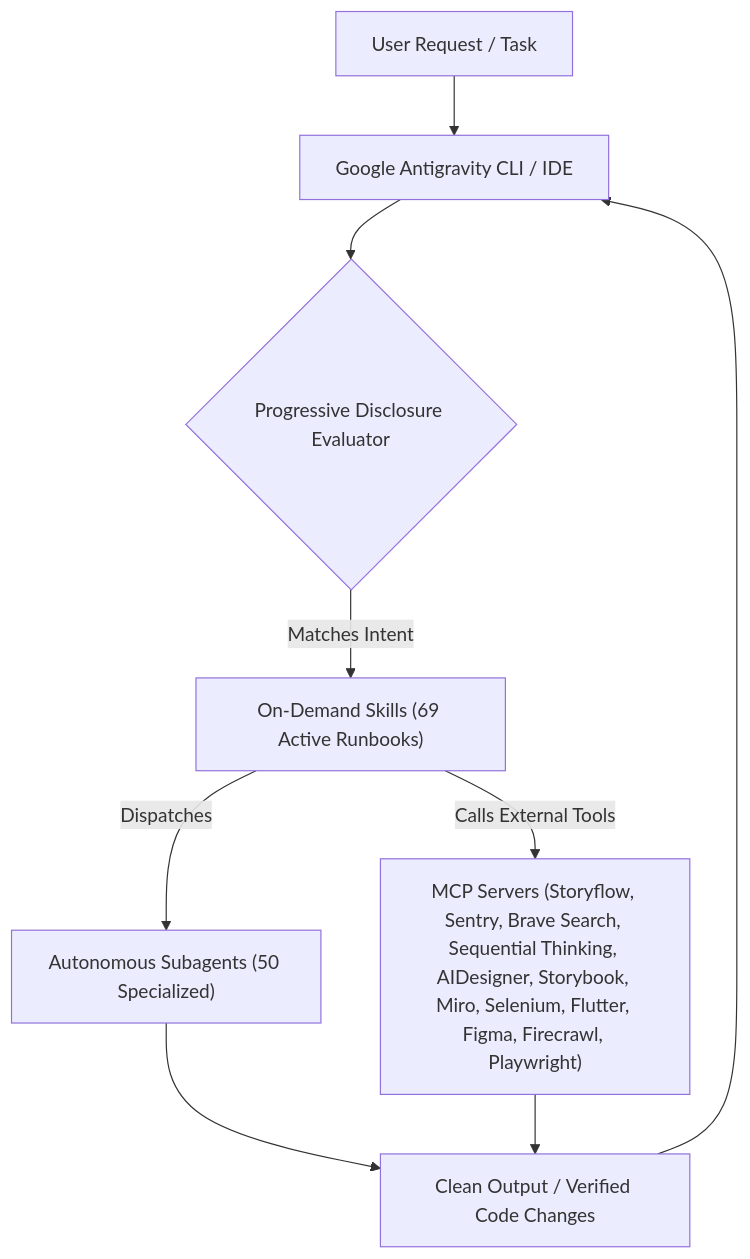
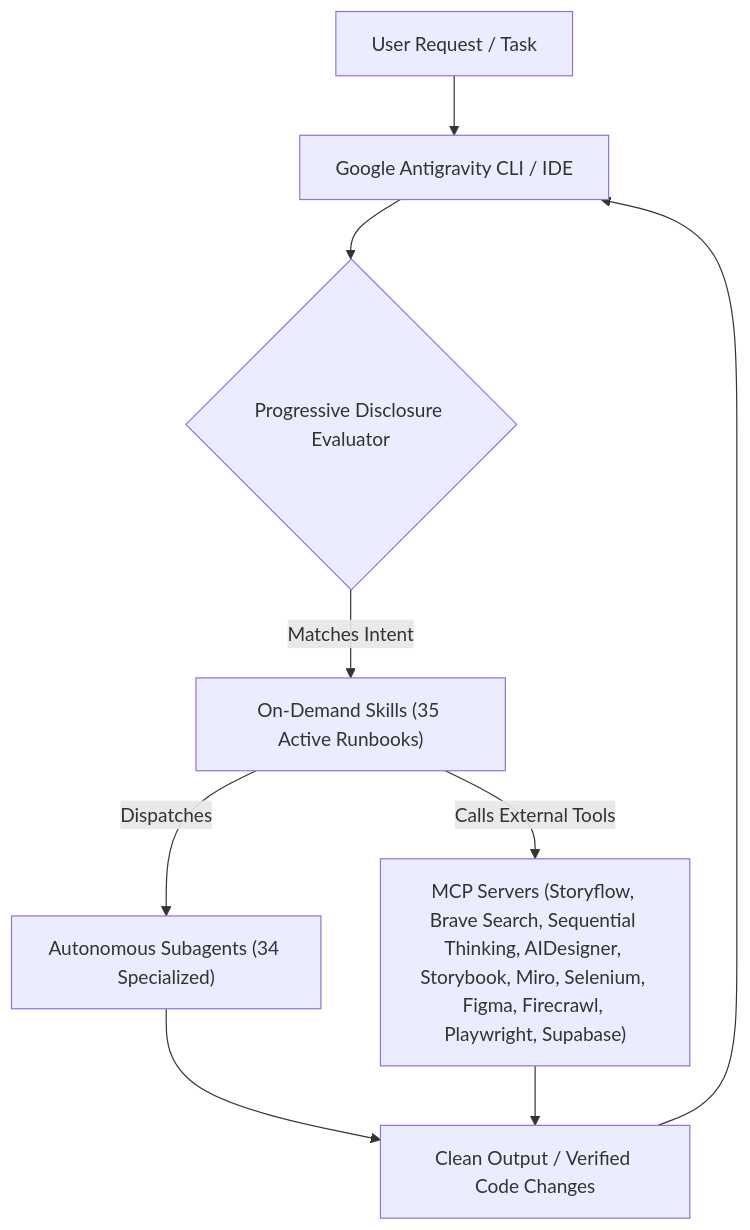
One commit to Ganeshbeldar015/Antigravity-Skills changed the diagram in README.md. Above: the diagram before and after it, drawn with Mermaid. The commit also changed other lines of this file and 246 other files, not shown here.

````diff
--- a/README.md
+++ b/README.md
@@ -290,19 +271,19 @@
 ```mermaid
 flowchart TD
     U["User Request / Task"]
     CLI["Google Antigravity CLI / IDE"]
     PD{"Progressive Disclosure Evaluator"}
-    SK["On-Demand Skills (69 Active Runbooks)"]
-    AG["Autonomous Subagents (50 Specialized)"]
-    MCP["MCP Servers (Storyflow, Sentry, Brave Search, Sequential Thinking, AIDesigner, Storybook, Miro, Selenium, Flutter, Figma, Firecrawl, Playwright)"]
+    SK["On-Demand Skills (35 Active Runbooks)"]
+    AG["Autonomous Subagents (34 Specialized)"]
+    MCP["MCP Servers (Storyflow, Brave Search, Sequential Thinking, AIDesigner, Storybook, Miro, Selenium, Figma, Firecrawl, Playwright, Supabase)"]
     RES["Clean Output / Verified Code Changes"]
 
     U --> CLI
     CLI --> PD
     PD -->|Matches Intent| SK
     SK -->|Dispatches| AG
     SK -->|Calls External Tools| MCP
     AG --> RES
     MCP --> RES
     RES --> CLI
 ```
````
